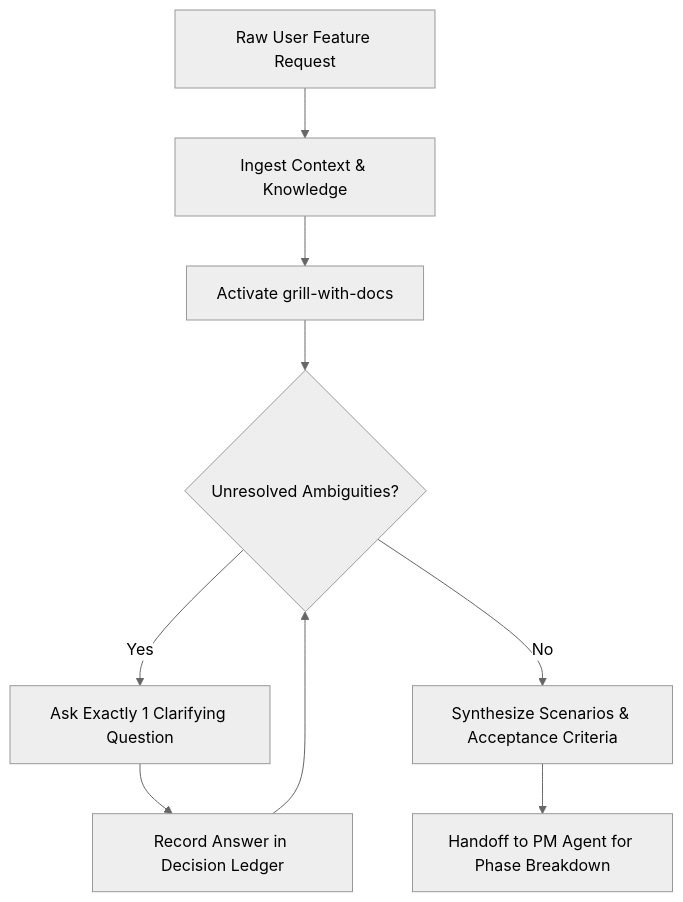
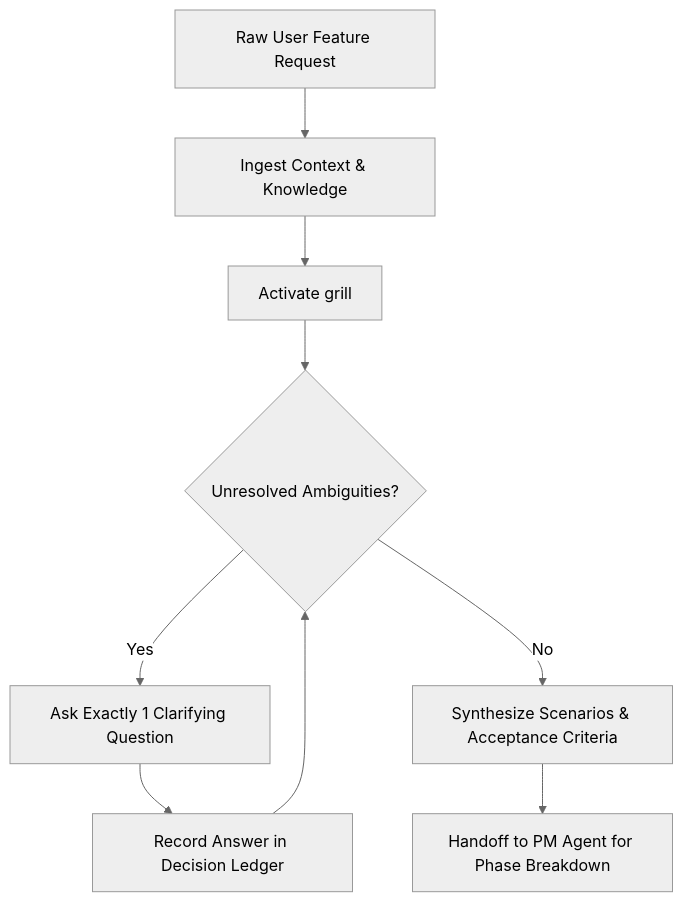
Before and after one commit to markromolecule/context-factory: the diagram in agents/ba-agent/AGENT.md, drawn with Mermaid (neutral theme). The commit also changed other lines of this file and 84 other files, not shown here.

````diff
--- a/agents/ba-agent/AGENT.md
+++ b/agents/ba-agent/AGENT.md
@@ -64,11 +64,11 @@
 ```mermaid
 flowchart TD
     A["Raw User Feature Request"] --> B["Ingest Context & Knowledge"]
-    B --> C["Activate grill-with-docs"]
+    B --> C["Activate grill"]
     C --> D{"Unresolved Ambiguities?"}
     D -- Yes --> E["Ask Exactly 1 Clarifying Question"]
     E --> F["Record Answer in Decision Ledger"]
     F --> D
     D -- No --> G["Synthesize Scenarios & Acceptance Criteria"]
     G --> H["Handoff to PM Agent for Phase Breakdown"]
 ```
````
